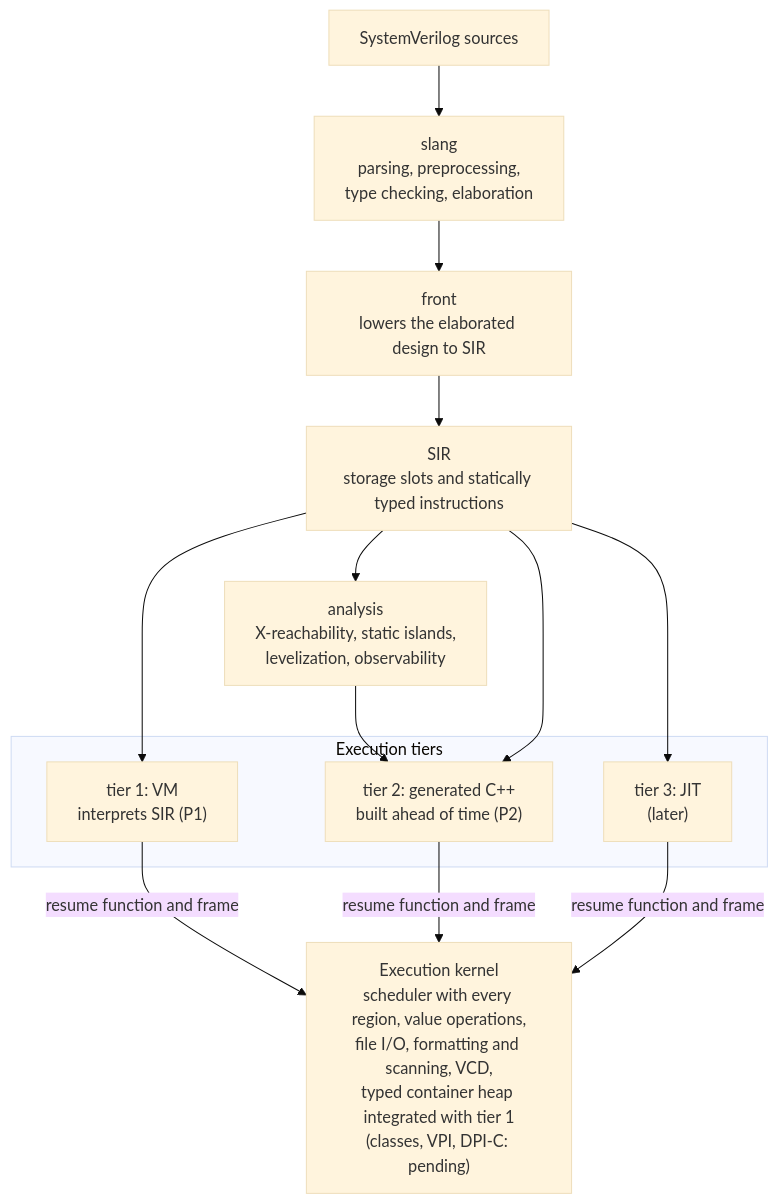
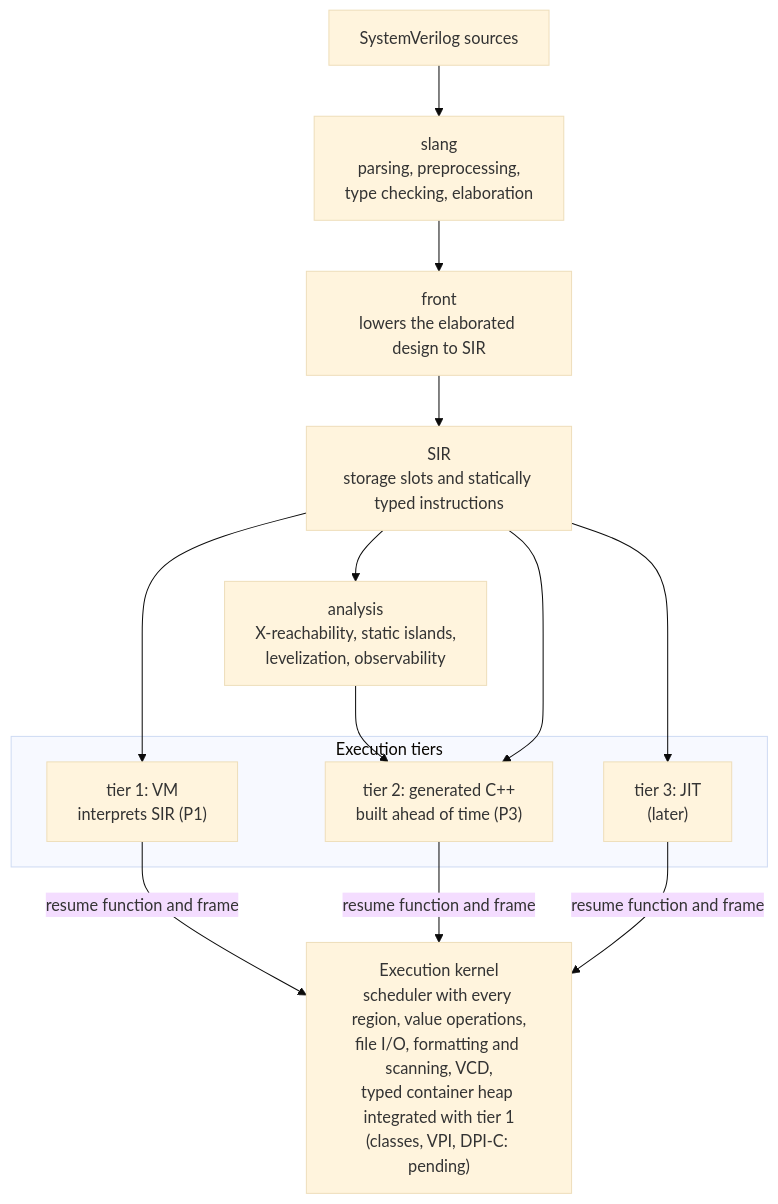
One commit to kurochan001/kirimasim changed the first of 2 diagrams in docs/ARCHITECTURE.ja.md. Above: the diagram before and after it, drawn with Mermaid (base theme). The commit also changed other lines of this file and 54 other files, not shown here.

````diff
--- a/docs/ARCHITECTURE.ja.md
+++ b/docs/ARCHITECTURE.ja.md
@@ -11,22 +13,22 @@
 ```mermaid
 flowchart TD
     src["SystemVerilog sources"]
     slang["slang<br/>parsing, preprocessing,<br/>type checking, elaboration"]
     front["front<br/>lowers the elaborated design to SIR"]
     sir["SIR<br/>storage slots and statically typed instructions"]
     analysis["analysis<br/>X-reachability, static islands,<br/>levelization, observability"]
     subgraph tiers["Execution tiers"]
         t1["tier 1: VM<br/>interprets SIR (P1)"]
-        t2["tier 2: generated C++<br/>built ahead of time (P2)"]
+        t2["tier 2: generated C++<br/>built ahead of time (P3)"]
         t3["tier 3: JIT<br/>(later)"]
     end
     kernel["Execution kernel<br/>scheduler with every region, value operations,<br/>file I/O, formatting and scanning, VCD,<br/>typed container heap integrated with tier 1<br/>(classes, VPI, DPI-C: pending)"]
     src --> slang --> front --> sir
     sir --> t1
     sir --> analysis --> t2
     sir --> t2
     sir --> t3
     t1 -->|"resume function and frame"| kernel
     t2 -->|"resume function and frame"| kernel
     t3 -->|"resume function and frame"| kernel
 ```
````
